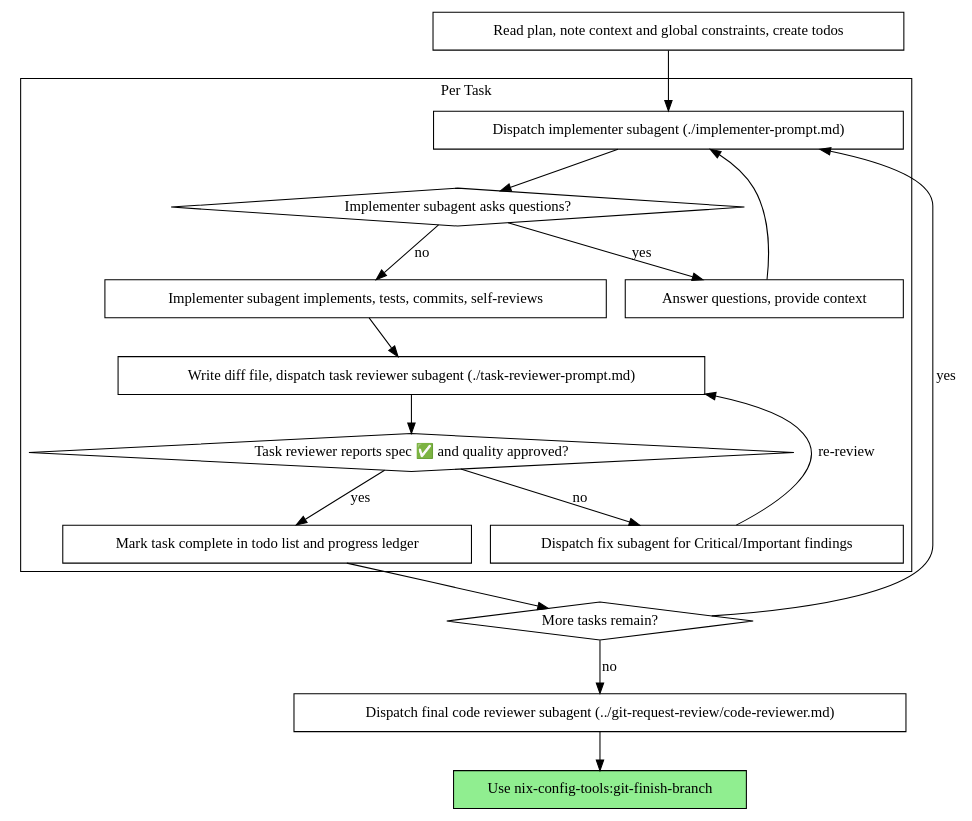
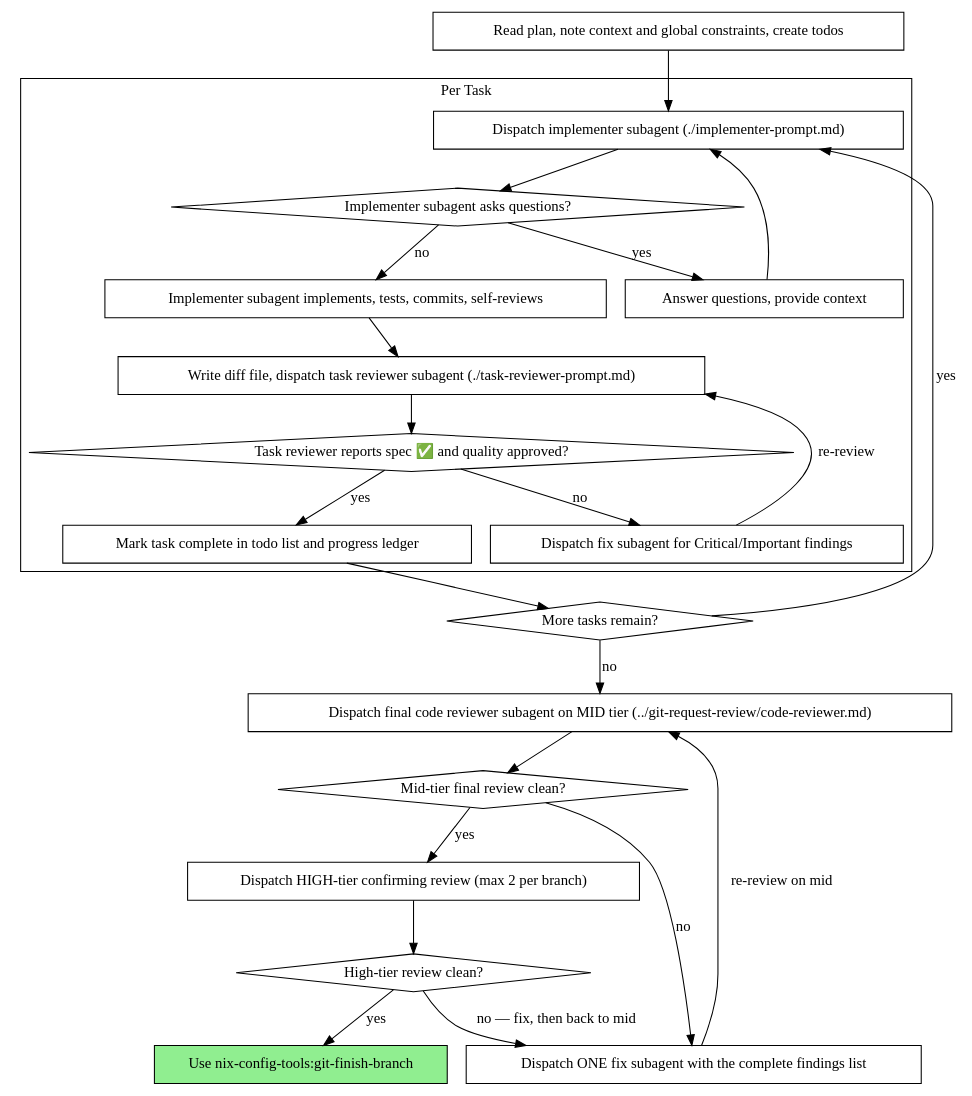
The second of 2 diagrams in ai-tools/skills/flow-subagent-driven-development/SKILL.md (borland502/nix-config), drawn with Graphviz before and after one commit. The commit also changed other lines of this file and 6 other files, not shown here.

First line of the commit message:
feat(agents): iterate reviews on cheap tiers, gate on one high-tier pass

````diff
--- a/ai-tools/skills/flow-subagent-driven-development/SKILL.md
+++ b/ai-tools/skills/flow-subagent-driven-development/SKILL.md
@@ -47,37 +47,47 @@
 ```dot
 digraph process {
     rankdir=TB;
 
     subgraph cluster_per_task {
         label="Per Task";
         "Dispatch implementer subagent (./implementer-prompt.md)" [shape=box];
         "Implementer subagent asks questions?" [shape=diamond];
         "Answer questions, provide context" [shape=box];
         "Implementer subagent implements, tests, commits, self-reviews" [shape=box];
         "Write diff file, dispatch task reviewer subagent (./task-reviewer-prompt.md)" [shape=box];
         "Task reviewer reports spec ✅ and quality approved?" [shape=diamond];
         "Dispatch fix subagent for Critical/Important findings" [shape=box];
         "Mark task complete in todo list and progress ledger" [shape=box];
     }
 
     "Read plan, note context and global constraints, create todos" [shape=box];
     "More tasks remain?" [shape=diamond];
-    "Dispatch final code reviewer subagent (../git-request-review/code-reviewer.md)" [shape=box];
+    "Dispatch final code reviewer subagent on MID tier (../git-request-review/code-reviewer.md)" [shape=box];
+    "Mid-tier final review clean?" [shape=diamond];
+    "Dispatch ONE fix subagent with the complete findings list" [shape=box];
+    "Dispatch HIGH-tier confirming review (max 2 per branch)" [shape=box];
+    "High-tier review clean?" [shape=diamond];
     "Use nix-config-tools:git-finish-branch" [shape=box style=filled fillcolor=lightgreen];
 
     "Read plan, note context and global constraints, create todos" -> "Dispatch implementer subagent (./implementer-prompt.md)";
     "Dispatch implementer subagent (./implementer-prompt.md)" -> "Implementer subagent asks questions?";
     "Implementer subagent asks questions?" -> "Answer questions, provide context" [label="yes"];
     "Answer questions, provide context" -> "Dispatch implementer subagent (./implementer-prompt.md)";
     "Implementer subagent asks questions?" -> "Implementer subagent implements, tests, commits, self-reviews" [label="no"];
     "Implementer subagent implements, tests, commits, self-reviews" -> "Write diff file, dispatch task reviewer subagent (./task-reviewer-prompt.md)";
     "Write diff file, dispatch task reviewer subagent (./task-reviewer-prompt.md)" -> "Task reviewer reports spec ✅ and quality approved?";
     "Task reviewer reports spec ✅ and quality approved?" -> "Dispatch fix subagent for Critical/Important findings" [label="no"];
     "Dispatch fix subagent for Critical/Important findings" -> "Write diff file, dispatch task reviewer subagent (./task-reviewer-prompt.md)" [label="re-review"];
     "Task reviewer reports spec ✅ and quality approved?" -> "Mark task complete in todo list and progress ledger" [label="yes"];
     "Mark task complete in todo list and progress ledger" -> "More tasks remain?";
     "More tasks remain?" -> "Dispatch implementer subagent (./implementer-prompt.md)" [label="yes"];
-    "More tasks remain?" -> "Dispatch final code reviewer subagent (../git-request-review/code-reviewer.md)" [label="no"];
-    "Dispatch final code reviewer subagent (../git-request-review/code-reviewer.md)" -> "Use nix-config-tools:git-finish-branch";
+    "More tasks remain?" -> "Dispatch final code reviewer subagent on MID tier (../git-request-review/code-reviewer.md)" [label="no"];
+    "Dispatch final code reviewer subagent on MID tier (../git-request-review/code-reviewer.md)" -> "Mid-tier final review clean?";
+    "Mid-tier final review clean?" -> "Dispatch ONE fix subagent with the complete findings list" [label="no"];
+    "Dispatch ONE fix subagent with the complete findings list" -> "Dispatch final code reviewer subagent on MID tier (../git-request-review/code-reviewer.md)" [label="re-review on mid"];
+    "Mid-tier final review clean?" -> "Dispatch HIGH-tier confirming review (max 2 per branch)" [label="yes"];
+    "Dispatch HIGH-tier confirming review (max 2 per branch)" -> "High-tier review clean?";
+    "High-tier review clean?" -> "Dispatch ONE fix subagent with the complete findings list" [label="no — fix, then back to mid"];
+    "High-tier review clean?" -> "Use nix-config-tools:git-finish-branch" [label="yes"];
 }
 ```
````
